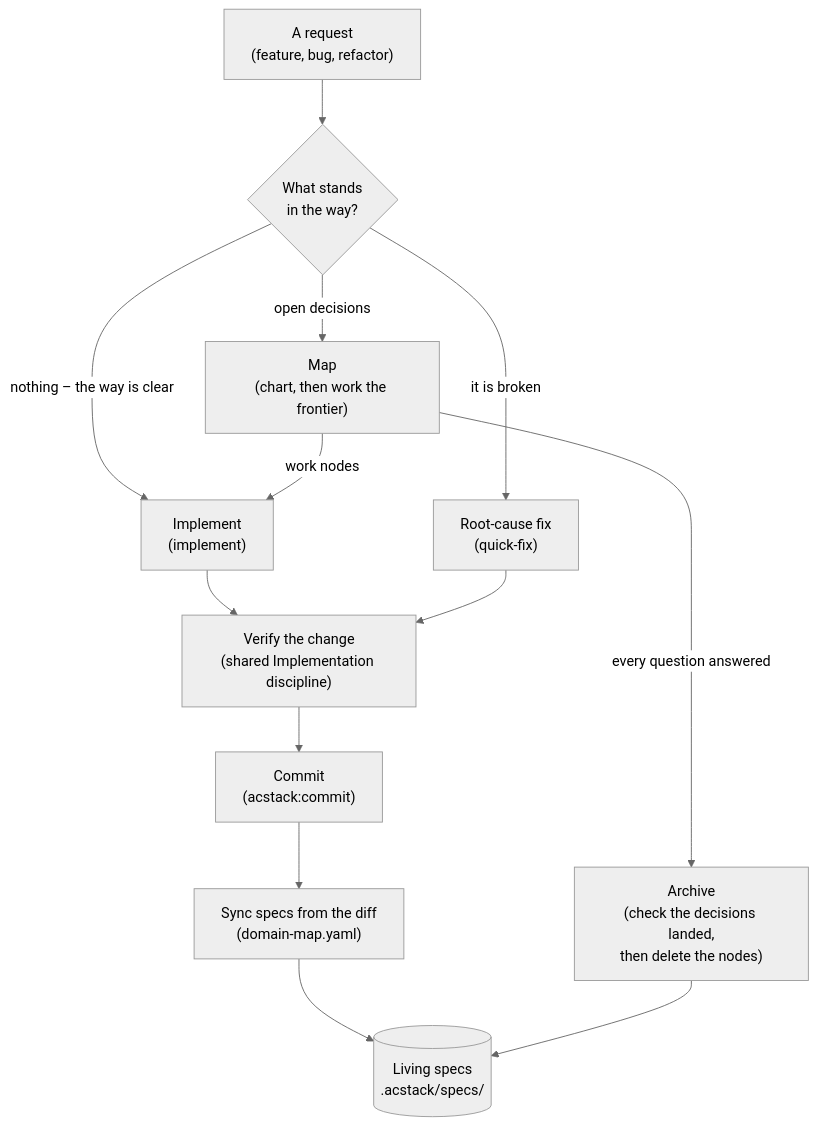
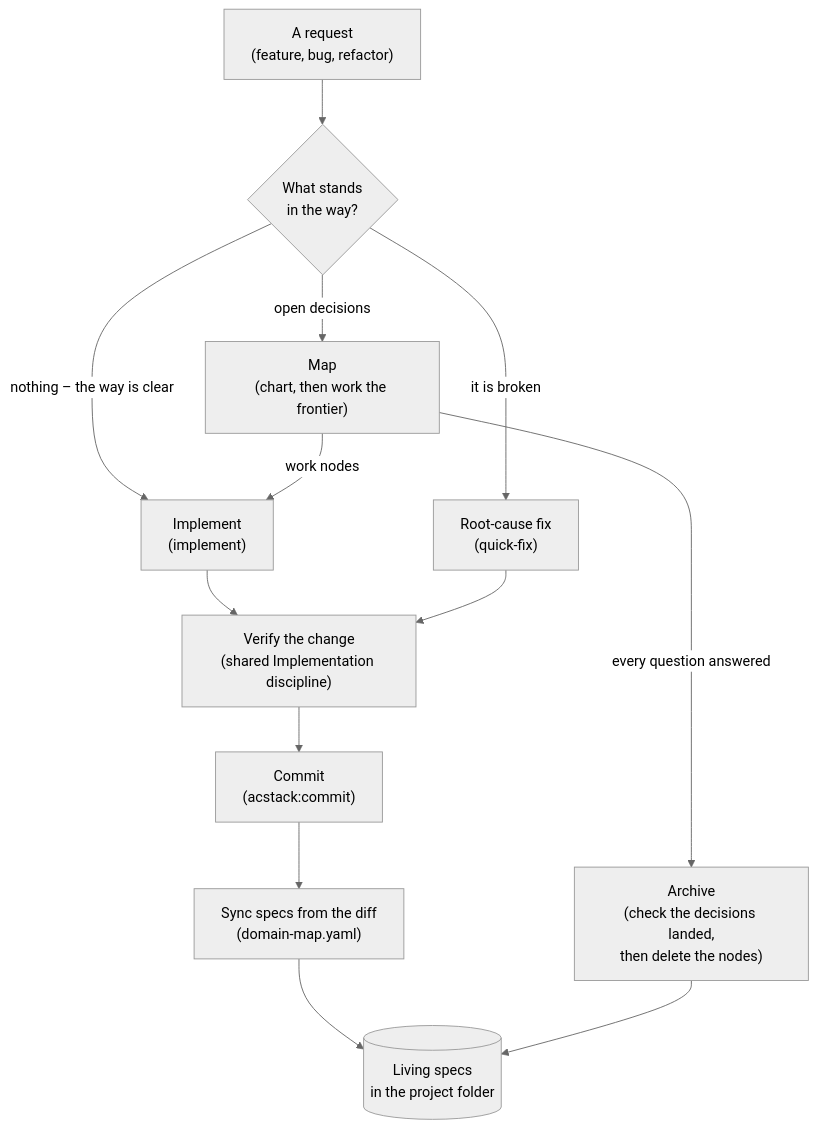
One commit to ac8318740/acstack changed the first of 2 diagrams in docs/workflows.md. Above: the diagram before and after it, drawn with Mermaid (neutral theme). The commit also changed other lines of this file and 156 other files, not shown here.

First line of the commit message:
feat!: keep ACStack project data outside the repository

````diff
--- a/docs/workflows.md
+++ b/docs/workflows.md
@@ -13,15 +14,15 @@
 ```mermaid
 flowchart TD
     R["A request<br/>(feature, bug, refactor)"] --> Q{"What stands<br/>in the way?"}
     Q -->|"nothing – the way is clear"| I["Implement<br/>(implement)"]
     Q -->|"it is broken"| F["Root-cause fix<br/>(quick-fix)"]
     Q -->|"open decisions"| M["Map<br/>(chart, then work the frontier)"]
     M -->|"work nodes"| I
     I --> T["Verify the change<br/>(shared Implementation discipline)"]
     F --> T
     T --> C["Commit<br/>(acstack:commit)"]
     C --> Y["Sync specs from the diff<br/>(domain-map.yaml)"]
-    Y --> L[("Living specs<br/>.acstack/specs/")]
+    Y --> L[("Living specs<br/>in the project folder")]
     M -->|"every question answered"| A["Archive<br/>(check the decisions landed,<br/>then delete the nodes)"]
     A --> L
 ```
````
